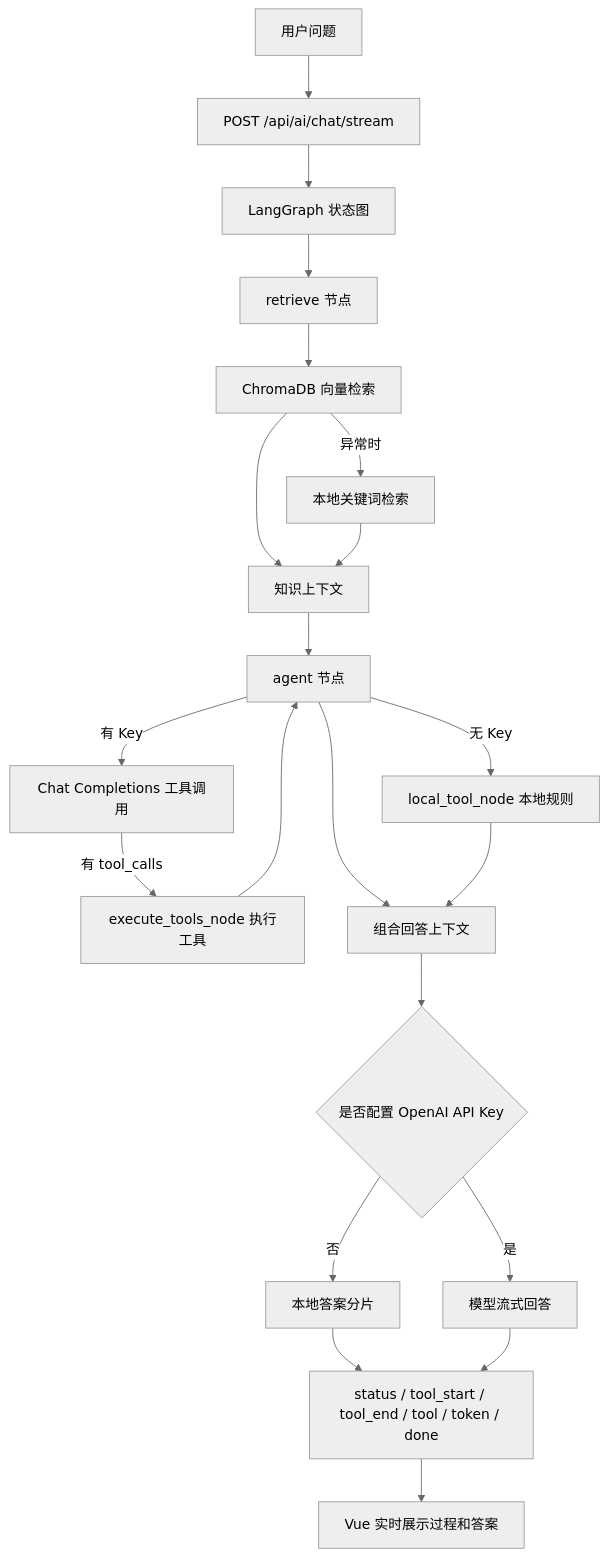
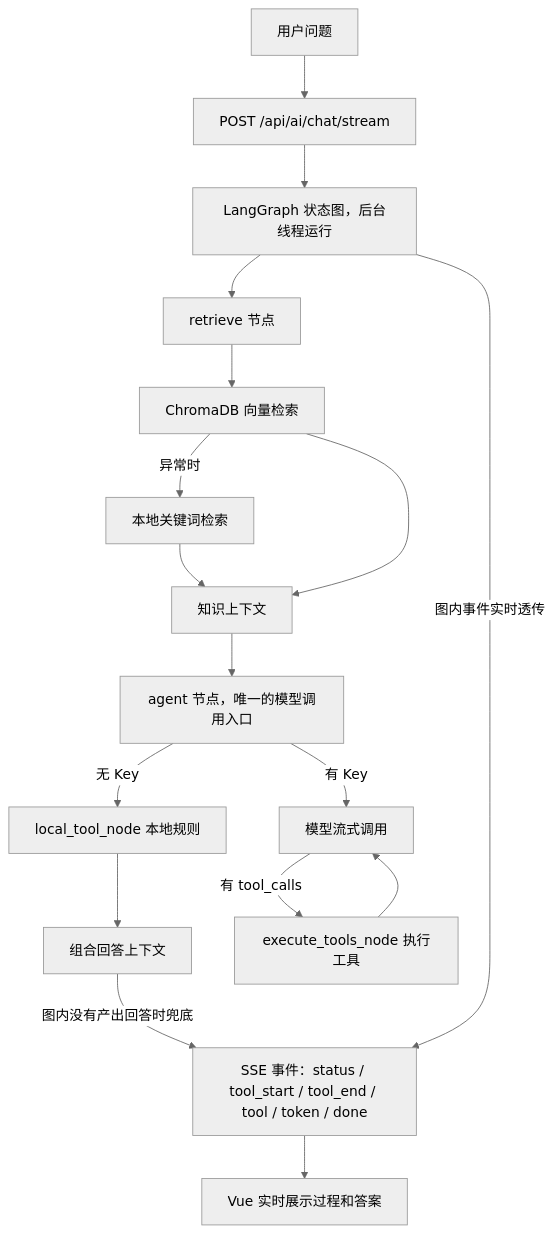
Before and after one commit to mike1344/lab-agent: the fifth of 5 diagrams in ARCHITECTURE.md, drawn with Mermaid (neutral theme). The commit also changed other lines of this file and 3 other files, not shown here.

First line of the commit message:
重构：AI 流式回答双路径收敛，工具与回答统一走图内单一路径

````diff
--- a/ARCHITECTURE.md
+++ b/ARCHITECTURE.md
@@ -122,23 +122,19 @@
 ```mermaid
 flowchart TD
     Q[用户问题] --> SSE[POST /api/ai/chat/stream]
-    SSE --> G[LangGraph 状态图]
+    SSE --> G[LangGraph 状态图，后台线程运行]
     G --> R[retrieve 节点]
     R --> C[ChromaDB 向量检索]
     C -->|异常时| W[本地关键词检索]
     C --> X[知识上下文]
     W --> X
-    X --> A[agent 节点]
+    X --> A[agent 节点，唯一的模型调用入口]
     A -->|无 Key| L[local_tool_node 本地规则]
-    A -->|有 Key| M[Chat Completions 工具调用]
+    A -->|有 Key| M[模型流式调用]
     M -->|有 tool_calls| T[execute_tools_node 执行工具]
-    T --> A
-    A --> B[组合回答上下文]
-    L --> B
-    B --> K{是否配置 OpenAI API Key}
-    K -->|否| LOCAL[本地答案分片]
-    K -->|是| MODEL[模型流式回答]
-    LOCAL --> E[status / tool_start / tool_end / tool / token / done]
-    MODEL --> E
+    T --> M
+    G -->|图内事件实时透传| E[SSE 事件：status / tool_start / tool_end / tool / token / done]
+    L --> B[组合回答上下文]
+    B -->|图内没有产出回答时兜底| E
     E --> UI[Vue 实时展示过程和答案]
 ```
````
